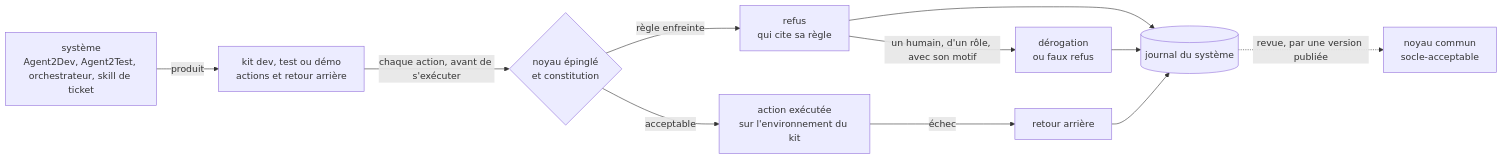
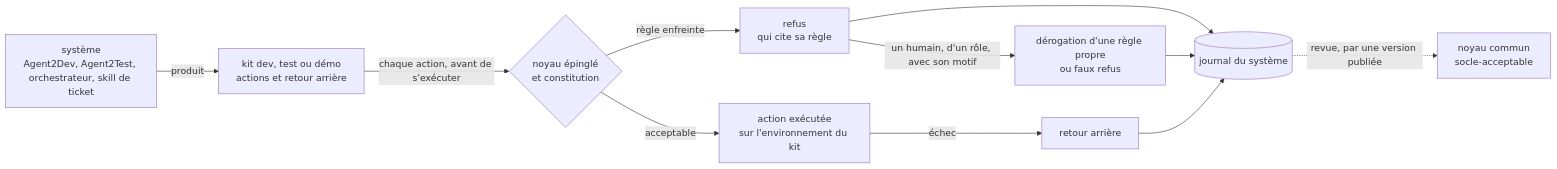
The diagram in specs/socle-acceptable/SKILL.md (FredGarcia/Agent2Prompt), drawn with Mermaid before and after one commit. The commit also changed other lines of this file and 85 other files, not shown here.

````diff
--- a/specs/socle-acceptable/SKILL.md
+++ b/specs/socle-acceptable/SKILL.md
@@ -15,13 +15,13 @@
 ```mermaid
 flowchart LR
   SYS["système<br/>Agent2Dev, Agent2Test, orchestrateur, skill de ticket"] -->|"produit"| KIT["kit dev, test ou démo<br/>actions et retour arrière"]
   KIT -->|"chaque action, avant de s'exécuter"| CONF{"noyau épinglé<br/>et constitution"}
   CONF -->|"acceptable"| ACT["action exécutée<br/>sur l'environnement du kit"]
   CONF -->|"règle enfreinte"| REF["refus<br/>qui cite sa règle"]
-  REF -->|"un humain, d'un rôle, avec son motif"| DER["dérogation<br/>ou faux refus"]
+  REF -->|"un humain, d'un rôle, avec son motif"| DER["dérogation d'une règle propre<br/>ou faux refus"]
   ACT -->|"échec"| RET["retour arrière"]
   REF --> J[("journal du système")]
   DER --> J
   RET --> J
   J -.->|"revue, par une version publiée"| NOY["noyau commun<br/>socle-acceptable"]
 ```
````
